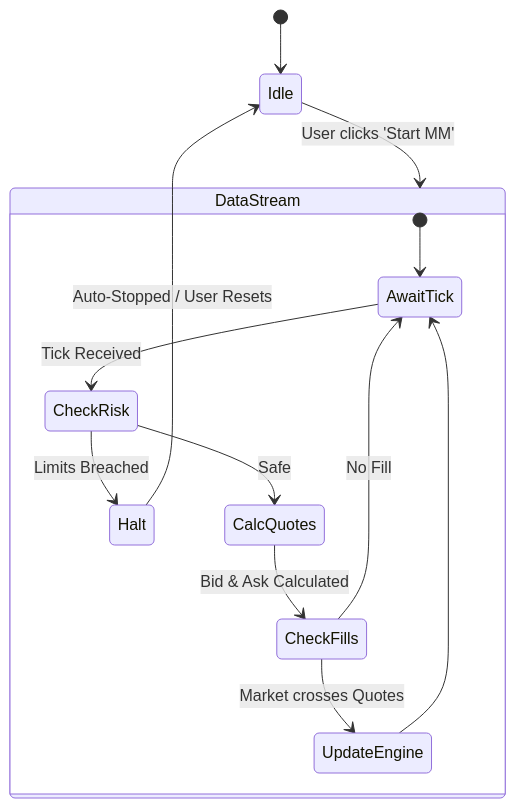
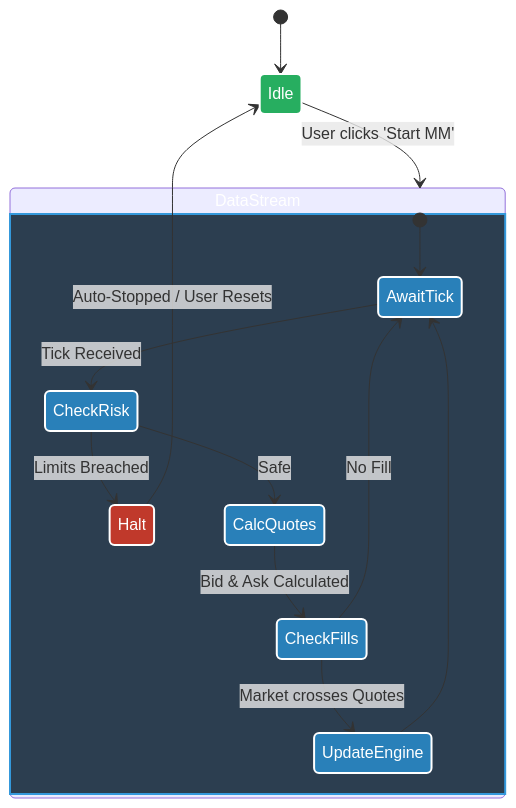
One commit to Youngmaster0304/trading-bot-project changed the third of 3 diagrams in README.md. Above: the diagram before and after it, drawn with Mermaid. The commit also changed other lines of this file, not shown here.

First line of the commit message:
Add emojis to architecture and use case diagrams

````diff
--- a/README.md
+++ b/README.md
@@ -114,20 +123,35 @@
 ```mermaid
 stateDiagram-v2
+    %% Styling
+    classDef idleState fill:#27ae60,color:#fff,stroke:#fff,stroke-width:2px
+    classDef actionState fill:#2980b9,color:#fff,stroke:#fff,stroke-width:2px
+    classDef dangerState fill:#c0392b,color:#fff,stroke:#fff,stroke-width:2px
+    classDef streamState fill:#2c3e50,color:#fff,stroke:#3498db,stroke-width:2px
+    
     [*] --> Idle
     Idle --> DataStream : User clicks 'Start MM'
     
     state DataStream {
         [*] --> AwaitTick
         AwaitTick --> CheckRisk : Tick Received
         
         CheckRisk --> Halt : Limits Breached
         CheckRisk --> CalcQuotes : Safe
         
         CalcQuotes --> CheckFills : Bid & Ask Calculated
         CheckFills --> UpdateEngine : Market crosses Quotes
         CheckFills --> AwaitTick : No Fill
         UpdateEngine --> AwaitTick
     }
     
     Halt --> Idle : Auto-Stopped / User Resets
+
+    class Idle idleState
+    class AwaitTick actionState
+    class CheckRisk actionState
+    class CalcQuotes actionState
+    class CheckFills actionState
+    class UpdateEngine actionState
+    class Halt dangerState
+    class DataStream streamState
 ```
````
